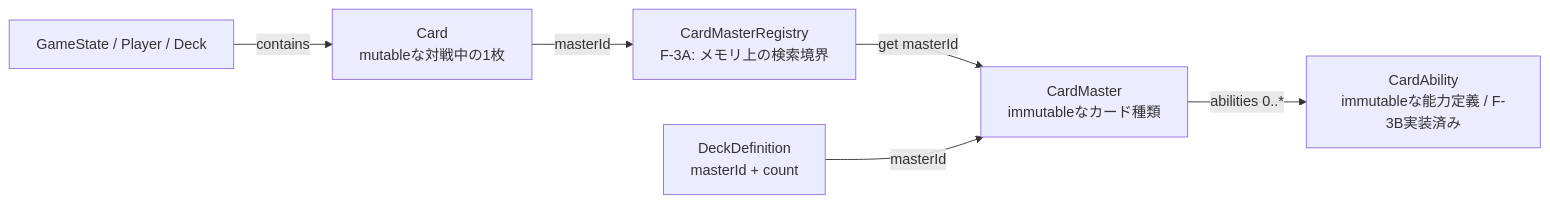
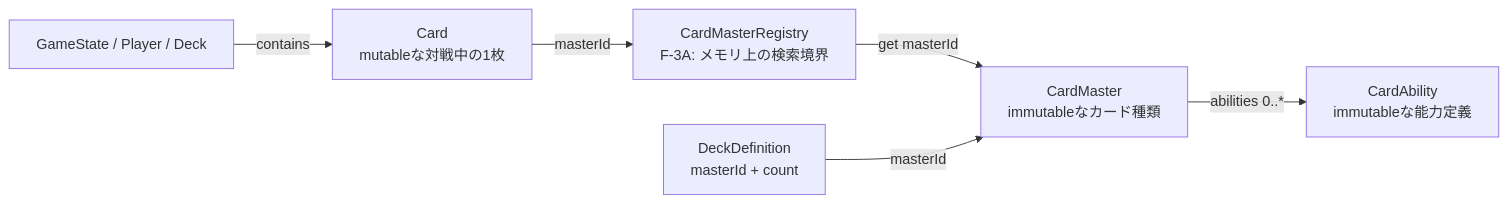
Before and after one commit to YutoSuga/weiss-online: the diagram in docs/１．設計書/エンティティ・オブジェクト一覧.md, drawn with Mermaid. The commit also changed other lines of this file and 20 other files, not shown here.

Commit message:
Implement Phase F-3C card master and deck definitions

````diff
--- a/docs/１．設計書/エンティティ・オブジェクト一覧.md
+++ b/docs/１．設計書/エンティティ・オブジェクト一覧.md
@@ -31,8 +33,8 @@
 ```mermaid
 flowchart LR
   Card["Card<br/>mutableな対戦中の1枚"] -->|masterId| Registry["CardMasterRegistry<br/>F-3A: メモリ上の検索境界"]
   Registry -->|get masterId| Master["CardMaster<br/>immutableなカード種類"]
-  Master -->|abilities 0..*| Ability["CardAbility<br/>immutableな能力定義 / F-3B実装済み"]
+  Master -->|abilities 0..*| Ability["CardAbility<br/>immutableな能力定義"]
   Definition["DeckDefinition<br/>masterId + count"] -->|masterId| Master
   State["GameState / Player / Deck"] -->|contains| Card
 ```
````
